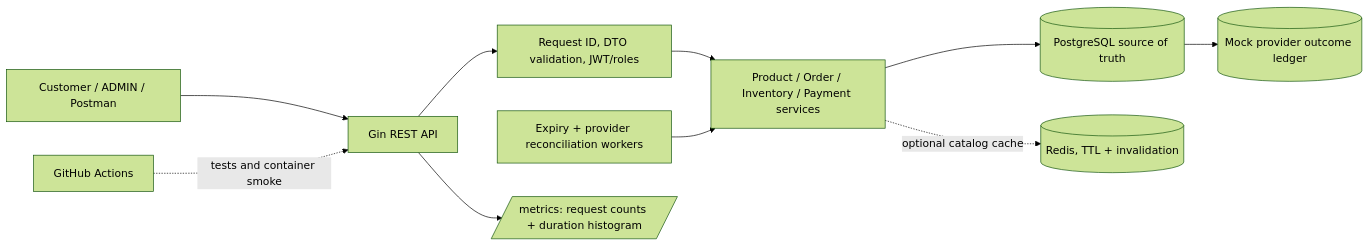
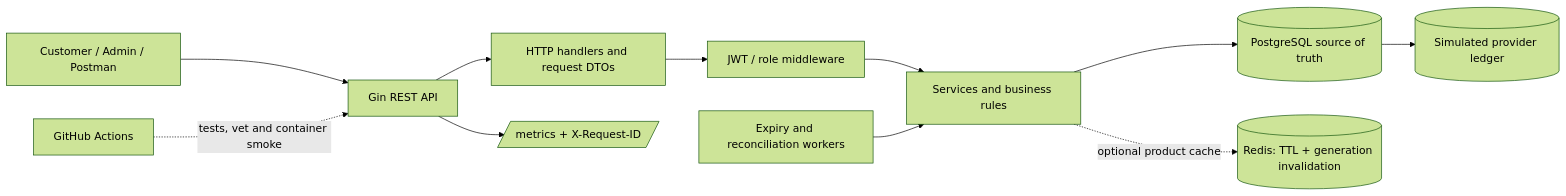
Before and after one commit to manmohansharma21/orderflow: the first of 3 diagrams in README.md, drawn with Mermaid (forest theme). The commit also changed other lines of this file and 16 other files, not shown here.

````diff
--- a/README.md
+++ b/README.md
@@ -253,12 +39,13 @@
 ```mermaid
 flowchart LR
-    Client[Customer / ADMIN / Postman] --> API[Gin REST API]
-    API --> Request[Request ID, DTO validation, JWT/roles]
-    Request --> Services[Product / Order / Inventory / Payment services]
-    Services --> PostgreSQL[(PostgreSQL source of truth)]
-    Services -. optional catalog cache .-> Redis[(Redis, TTL + invalidation)]
-    PostgreSQL --> ProviderLedger[(Mock provider outcome ledger)]
-    Worker[Expiry + provider reconciliation workers] --> Services
-    API --> Metrics[/metrics: request counts + duration histogram/]
-    CI[GitHub Actions] -. tests and container smoke .-> API
+  Client[Customer / Admin / Postman] --> API[Gin REST API]
+  API --> DTO[HTTP handlers and request DTOs]
+  DTO --> AUTH[JWT / role middleware]
+  AUTH --> SVC[Services and business rules]
+  SVC --> PG[(PostgreSQL source of truth)]
+  SVC -. optional product cache .-> REDIS[(Redis: TTL + generation invalidation)]
+  PG --> PROVIDER[(Simulated provider ledger)]
+  WORKER[Expiry and reconciliation workers] --> SVC
+  API --> METRICS[/metrics + X-Request-ID/]
+  CI[GitHub Actions] -. tests, vet and container smoke .-> API
 ```
````
